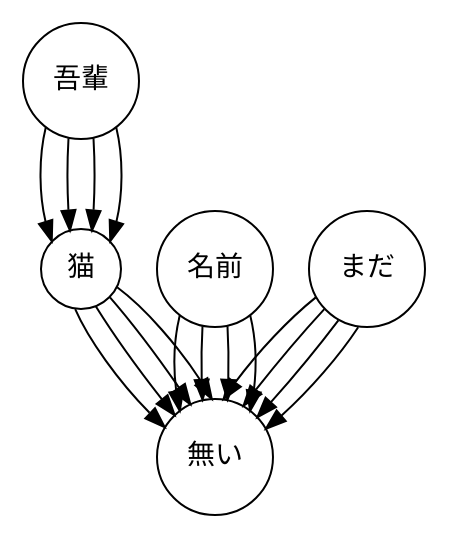
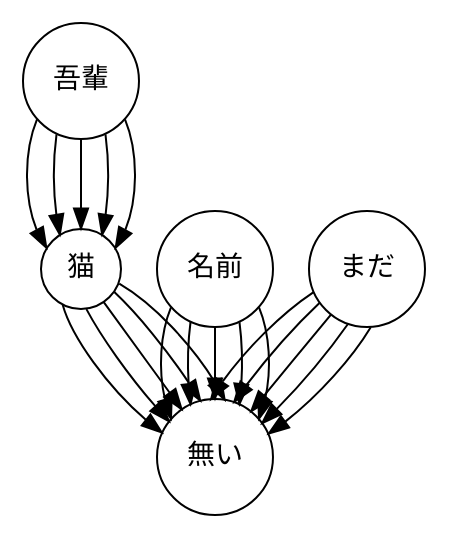
The diagram in dest/old.dot (d0iasm/graph-docs), drawn with Graphviz before and after one commit. The commit also changed 6 other files, not shown here.

```diff
--- a/dest/old.dot
+++ b/dest/old.dot
@@ -1,122 +1,166 @@
 digraph root {
 	graph [bb="0,0,201,246"];
 	node [label="\N",
 		shape=circle
 	];
-	{
-		node [label="\N",
-			shape=circle
-		];
-		吾輩		 [height=0.80556,
-			label=吾輩,
-			pos="29,217",
-			width=0.80556];
-		猫		 [height=0.55556,
-			label=猫,
-			pos="29,123",
-			width=0.55556];
-		吾輩 -> 猫		 [pos="e,14.383,136.98 11.365,193.73 7.9033,179.44 7.8784,160.94 11.291,146.58"];
-		無い		 [height=0.80556,
-			label=無い,
-			pos="96,29",
-			width=0.80556];
-		猫 -> 無い		 [pos="e,70.83,43.943 26.104,102.94 32.675,87.831 47.846,66.739 63.272,51.12"];
-		名前		 [height=0.80556,
-			label=名前,
-			pos="96,123",
-			width=0.80556];
-		名前 -> 無い		 [pos="e,78.415,52.066 78.365,99.729 75.628,88.429 75.039,74.497 76.6,62.065"];
-		まだ		 [height=0.80556,
-			label=まだ,
-			pos="172,123",
-			width=0.80556];
-		まだ -> 無い		 [pos="e,100.29,57.948 146.41,108.82 132.61,97.771 117.41,81.453 106.31,66.526"];
-	}
 	subgraph root {
 		graph [bb="0,0,201,246"];
 		node [height="",
 			label="\N",
 			pos="",
 			shape=circle,
 			width=""
 		];
 		edge [pos=""];
 		{
 			graph [bb="0,0,201,246"];
 			node [height="",
 				label="\N",
 				pos="",
 				shape=circle,
 				width=""
 			];
 			edge [pos=""];
-			吾輩;
-			猫;
-			吾輩 -> 猫			 [pos="e,23.486,142.27 22.755,188.4 22.101,177.09 22.082,164 22.7,152.59"];
-			無い;
-			猫 -> 無い			 [pos="e,75.818,49.92 36.46,104.26 44.632,91.133 57.576,72.989 69.402,57.923"];
-			名前;
-			名前 -> 無い			 [pos="e,89.756,57.584 89.755,94.397 89.271,86.028 89.135,76.686 89.347,67.77"];
-			まだ;
-			まだ -> 無い			 [pos="e,110.3,54.637 150.66,102.94 139.95,91.344 127.16,76.225 116.57,62.761"];
+			吾輩			 [height=0.80556,
+				label=吾輩,
+				pos="29,217",
+				width=0.80556];
+			猫			 [height=0.55556,
+				label=猫,
+				pos="29,123",
+				width=0.55556];
+			吾輩 -> 猫			 [pos="e,11.652,133.66 6.985,197.82 0.40332,181.87 0.33895,158.75 6.792,142.65"];
+			無い			 [height=0.80556,
+				label=無い,
+				pos="96,29",
+				width=0.80556];
+			猫 -> 無い			 [pos="e,69.355,41.261 19.833,105.13 24.436,88.804 42.269,64.17 61.403,47.605"];
+			名前			 [height=0.80556,
+				label=名前,
+				pos="96,123",
+				width=0.80556];
+			名前 -> 無い			 [pos="e,74.001,48.138 73.985,103.82 68.58,90.719 67.57,72.789 70.955,57.88"];
+			まだ			 [height=0.80556,
+				label=まだ,
+				pos="172,123",
+				width=0.80556];
+			まだ -> 無い			 [pos="e,94.09,58.052 145.31,111.45 128.88,100.53 111.44,82.871 99.87,66.778"];
 		}
 		subgraph root {
 			graph [bb="0,0,201,246"];
 			node [height="",
 				label="\N",
 				pos="",
 				shape=circle,
 				width=""
 			];
 			edge [pos=""];
 			{
 				graph [bb="0,0,201,246"];
 				node [height="",
 					label="\N",
 					pos="",
 					shape=circle,
 					width=""
 				];
 				edge [pos=""];
 				吾輩;
 				猫;
-				吾輩 -> 猫				 [pos="e,34.514,142.27 35.245,188.4 35.899,177.09 35.918,164 35.3,152.59"];
+				吾輩 -> 猫				 [pos="e,18.417,140.23 16.753,190.37 15.105,177.83 15.083,162.75 16.687,150.14"];
 				無い;
-				猫 -> 無い				 [pos="e,83.667,55.314 43.5,108.82 53.704,97.081 67.129,79.393 77.956,63.746"];
+				猫 -> 無い				 [pos="e,72.985,46.873 31.697,102.94 39.194,88.864 52.927,69.597 66.151,54.4"];
 				名前;
-				名前 -> 無い				 [pos="e,102.24,57.584 102.25,94.397 102.73,86.028 102.87,76.686 102.65,67.77"];
+				名前 -> 無い				 [pos="e,83.771,55.49 83.753,96.373 82.495,86.803 82.184,75.758 82.82,65.459"];
 				まだ;
-				まだ -> 無い				 [pos="e,117.17,48.883 157.69,97.346 148.16,84.74 135.51,69.385 124.09,56.523"];
+				まだ -> 無い				 [pos="e,105.63,56.641 148.23,105.97 136.17,94.613 122.35,78.931 111.58,64.764"];
 			}
 			subgraph root {
-				graph [bb="0,0,201.49,247.48"];
+				graph [bb="0,0,201,246"];
 				node [height="",
 					label="\N",
 					pos="",
 					shape=circle,
 					width=""
 				];
 				edge [pos=""];
 				{
-					graph [bb="0,0,201.49,247.48"];
+					graph [bb="0,0,201,246"];
 					node [height="",
 						label="\N",
 						pos="",
 						shape=circle,
 						width=""
 					];
 					edge [pos=""];
 					吾輩;
 					猫;
-					吾輩 -> 猫					 [pos="e,43.617,136.98 46.635,193.73 50.097,179.44 50.122,160.94 46.709,146.58"];
+					吾輩 -> 猫					 [pos="e,29,143.2 29,187.9 29,176.92 29,164.34 29,153.26"];
 					無い;
-					猫 -> 無い					 [pos="e,94.387,58.046 47.087,113.84 61.32,103.28 77.811,84.178 89.036,66.876"];
+					猫 -> 無い					 [pos="e,79.292,52.943 40.366,106.39 49.375,94.022 62.25,76.343 73.346,61.107"];
 					名前;
-					名前 -> 無い					 [pos="e,113.58,52.066 113.63,99.729 116.37,88.429 116.96,74.497 115.4,62.065"];
+					名前 -> 無い					 [pos="e,96,58.248 96,93.897 96,85.858 96,76.954 96,68.41"];
 					まだ;
-					まだ -> 無い					 [pos="e,121.47,43.084 167.61,93.897 158.21,79.63 143.57,62.641 129.31,49.768"];
+					まだ -> 無い					 [pos="e,114.15,51.965 153.99,100.2 144.03,88.14 131.51,72.983 120.65,59.841"];
+				}
+				subgraph root {
+					graph [bb="0,0,201,246"];
+					node [height="",
+						label="\N",
+						pos="",
+						shape=circle,
+						width=""
+					];
+					edge [pos=""];
+					{
+						graph [bb="0,0,201,246"];
+						node [height="",
+							label="\N",
+							pos="",
+							shape=circle,
+							width=""
+						];
+						edge [pos=""];
+						吾輩;
+						猫;
+						吾輩 -> 猫						 [pos="e,39.583,140.23 41.247,190.37 42.895,177.83 42.917,162.75 41.313,150.14"];
+						無い;
+						猫 -> 無い						 [pos="e,88.595,57.265 45.674,111.45 57.498,100.38 72.032,82.354 82.945,66.074"];
+						名前;
+						名前 -> 無い						 [pos="e,108.23,55.49 108.25,96.373 109.5,86.803 109.82,75.758 109.18,65.459"];
+						まだ;
+						まだ -> 無い						 [pos="e,119.63,45.889 162.39,95.39 152.98,81.992 139.53,65.909 126.92,53.046"];
+					}
+					subgraph root {
+						graph [bb="0,0,201.49,247.48"];
+						node [height="",
+							label="\N",
+							pos="",
+							shape=circle,
+							width=""
+						];
+						edge [pos=""];
+						{
+							graph [bb="0,0,201.49,247.48"];
+							node [height="",
+								label="\N",
+								pos="",
+								shape=circle,
+								width=""
+							];
+							edge [pos=""];
+							吾輩;
+							猫;
+							吾輩 -> 猫							 [pos="e,46.348,133.66 51.015,197.82 57.597,181.87 57.661,158.75 51.208,142.65"];
+							無い;
+							猫 -> 無い							 [pos="e,100.82,57.714 48.132,115.68 65.503,105.56 84.468,84.992 95.873,66.545"];
+							名前;
+							名前 -> 無い							 [pos="e,118,48.138 118.01,103.82 123.42,90.719 124.43,72.789 121.04,57.88"];
+							まだ;
+							まだ -> 無い							 [pos="e,122.92,40.705 173.88,93.897 164.58,78.457 147.95,59.83 131.15,46.682"];
+						}
+					}
 				}
 			}
 		}
 	}
 }
```
